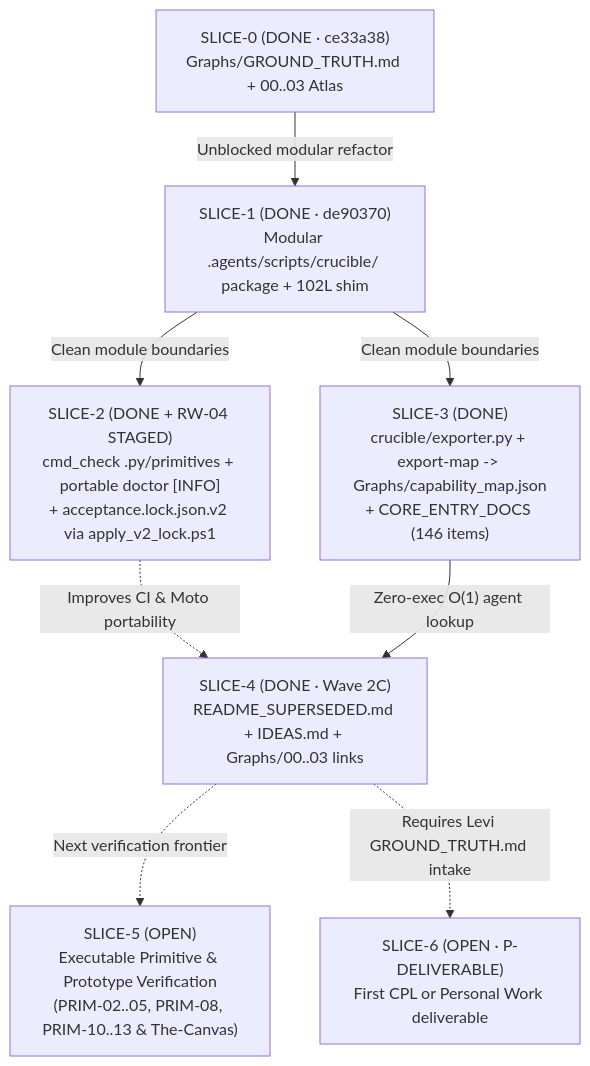
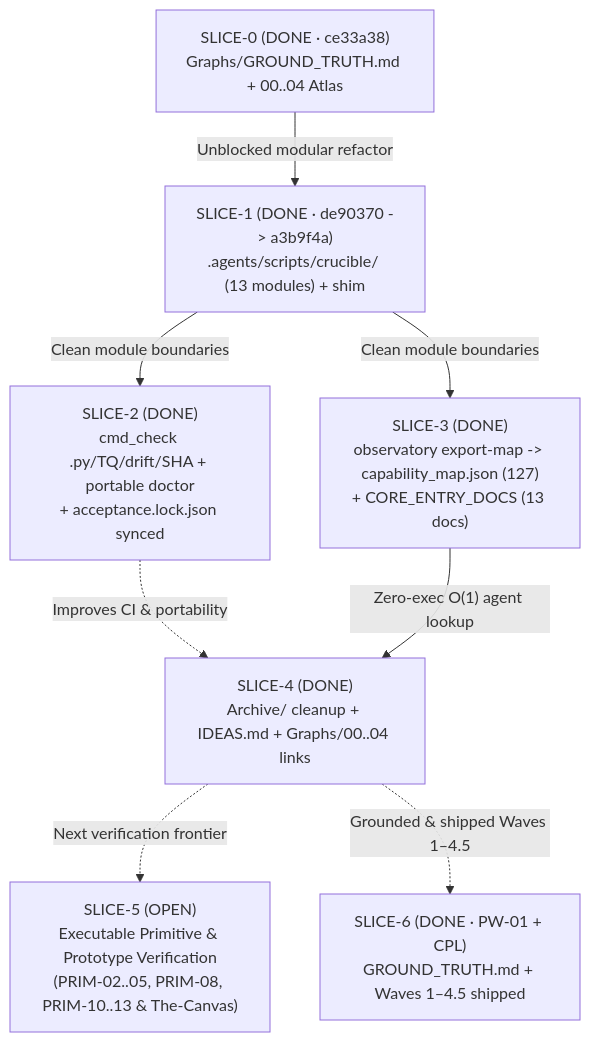
The diagram in Graphs/03_Neon_Refactoring_Plan.md (guarani-ux/Crucible-Domain), drawn with Mermaid before and after one commit. The commit also changed other lines of this file and 18 other files, not shown here.

Commit message:
chore(clean-sweep): unify Turn-0 surface, canonical docs, Graphs 00-04, and portable capability_map

````diff
--- a/Graphs/03_Neon_Refactoring_Plan.md
+++ b/Graphs/03_Neon_Refactoring_Plan.md
@@ -11,11 +11,11 @@
 ```mermaid
 flowchart TD
-    S0["SLICE-0 (DONE · ce33a38)<br/>Graphs/GROUND_TRUTH.md + 00..03 Atlas"] -->|"Unblocked modular refactor"| S1
-    S1["SLICE-1 (DONE · de90370)<br/>Modular .agents/scripts/crucible/ package + 102L shim"] -->|"Clean module boundaries"| S2
+    S0["SLICE-0 (DONE · ce33a38)<br/>Graphs/GROUND_TRUTH.md + 00..04 Atlas"] -->|"Unblocked modular refactor"| S1
+    S1["SLICE-1 (DONE · de90370 -> a3b9f4a)<br/>.agents/scripts/crucible/ (13 modules) + shim"] -->|"Clean module boundaries"| S2
     S1 -->|"Clean module boundaries"| S3
-    S2["SLICE-2 (DONE + RW-04 STAGED)<br/>cmd_check .py/primitives + portable doctor [INFO]<br/>+ acceptance.lock.json.v2 via apply_v2_lock.ps1"] -.->|"Improves CI & Moto portability"| S4
-    S3["SLICE-3 (DONE)<br/>crucible/exporter.py + export-map -> Graphs/capability_map.json<br/>+ CORE_ENTRY_DOCS (146 items)"] -->|"Zero-exec O(1) agent lookup"| S4
-    S4["SLICE-4 (DONE · Wave 2C)<br/>README_SUPERSEDED.md + IDEAS.md + Graphs/00..03 links"] -.->|"Next verification frontier"| S5
+    S2["SLICE-2 (DONE)<br/>cmd_check .py/TQ/drift/SHA + portable doctor<br/>+ acceptance.lock.json synced"] -.->|"Improves CI & portability"| S4
+    S3["SLICE-3 (DONE)<br/>observatory export-map -> capability_map.json (127)<br/>+ CORE_ENTRY_DOCS (13 docs)"] -->|"Zero-exec O(1) agent lookup"| S4
+    S4["SLICE-4 (DONE)<br/>Archive/ cleanup + IDEAS.md + Graphs/00..04 links"] -.->|"Next verification frontier"| S5
     S5["SLICE-5 (OPEN)<br/>Executable Primitive & Prototype Verification<br/>(PRIM-02..05, PRIM-08, PRIM-10..13 & The-Canvas)"]
-    S4 -.->|"Requires Levi GROUND_TRUTH.md intake"| S6["SLICE-6 (OPEN · P-DELIVERABLE)<br/>First CPL or Personal Work deliverable"]
+    S4 -.->|"Grounded & shipped Waves 1–4.5"| S6["SLICE-6 (DONE · PW-01 + CPL)<br/>GROUND_TRUTH.md + Waves 1–4.5 shipped"]
 ```
````
